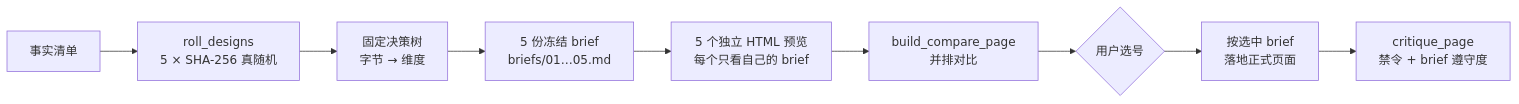
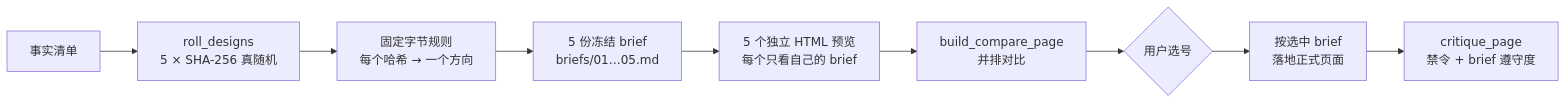
Before and after one commit to qybaihe/hash-design: the diagram in README.zh-CN.md, drawn with Mermaid. The commit also changed other lines of this file and 4 other files, not shown here.

````diff
--- a/README.zh-CN.md
+++ b/README.zh-CN.md
@@ -184,11 +182,11 @@
 ```mermaid
 flowchart LR
   A[事实清单] --> B[roll_designs<br/>5 × SHA-256 真随机]
-  B --> C[固定决策树<br/>字节 → 维度]
+  B --> C[固定字节规则<br/>每个哈希 → 一个方向]
   C --> D[5 份冻结 brief<br/>briefs/01…05.md]
   D --> E[5 个独立 HTML 预览<br/>每个只看自己的 brief]
   E --> F[build_compare_page<br/>并排对比]
   F --> G{用户选号}
   G --> H[按选中 brief<br/>落地正式页面]
   H --> I[critique_page<br/>禁令 + brief 遵守度]
 ```
````
